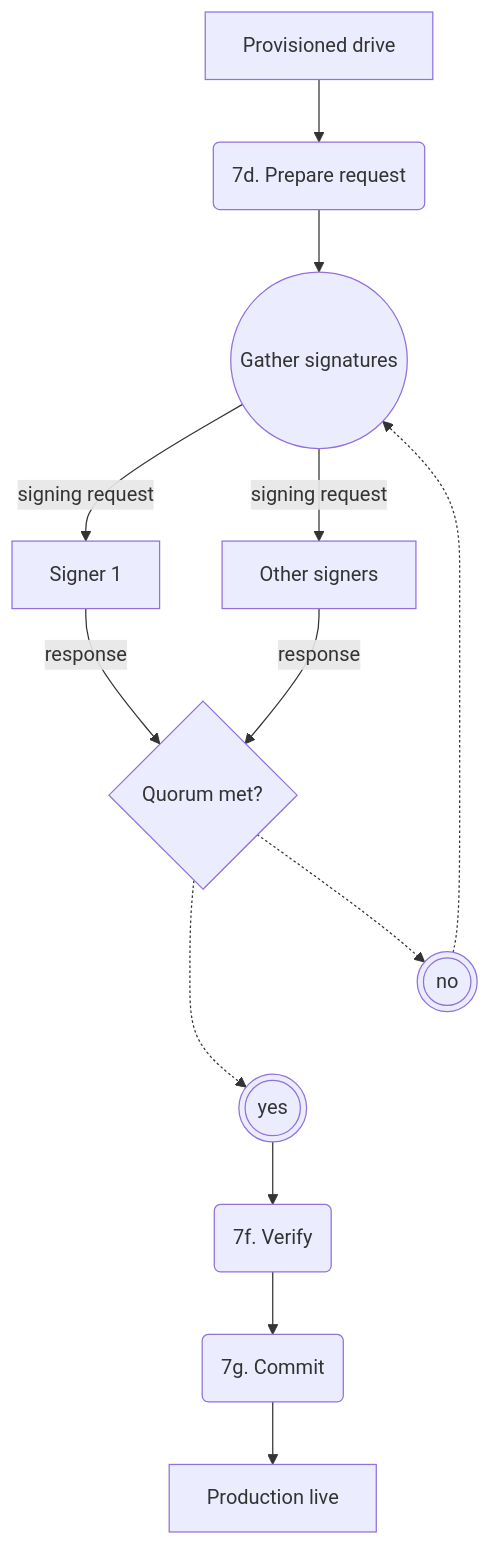
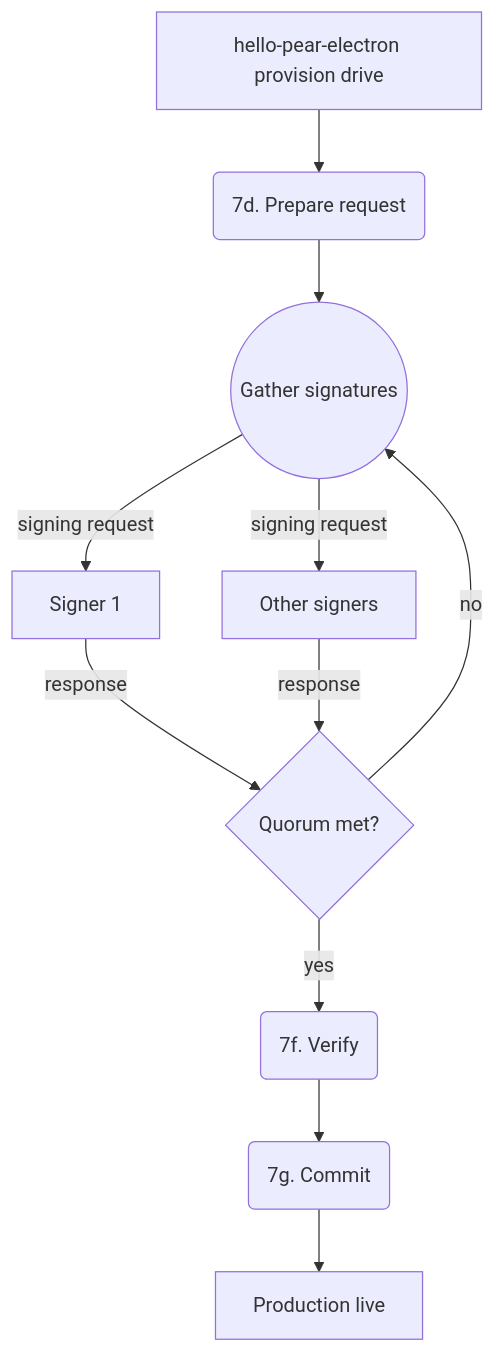
Before and after one commit to holepunchto/pear-docs: the eighth of 9 diagrams in content/explanation/release-pipeline.mdx, drawn with Mermaid. The commit also changed other lines of this file and 532 other files, not shown here.

````diff
--- a/content/explanation/release-pipeline.mdx
+++ b/content/explanation/release-pipeline.mdx
@@ -185,16 +196,13 @@
 ```mermaid
-graph TD
-  Prov[Provisioned drive] --> Req(7d. Prepare request)
+graph TB
+  Prov[hello-pear-electron provision drive] --> Req(7d. Prepare request)
   Req --> G((Gather signatures))
   G -->|signing request| S1[Signer 1]
   G -->|signing request| S2[Other signers]
   S1 -->|response| Q{Quorum met?}
   S2 -->|response| Q
-  Q .-> N(((no)))
-  Q .-> Y(((yes)))
-  Y --> Ver(7f. Verify)
-  N .-> G
+  Q -->|no| G
+  Q -->|yes| Ver(7f. Verify)
   Ver --> Com(7g. Commit)
   Com --> Live[Production live]
-  N ~~~ Y
 ```
````
